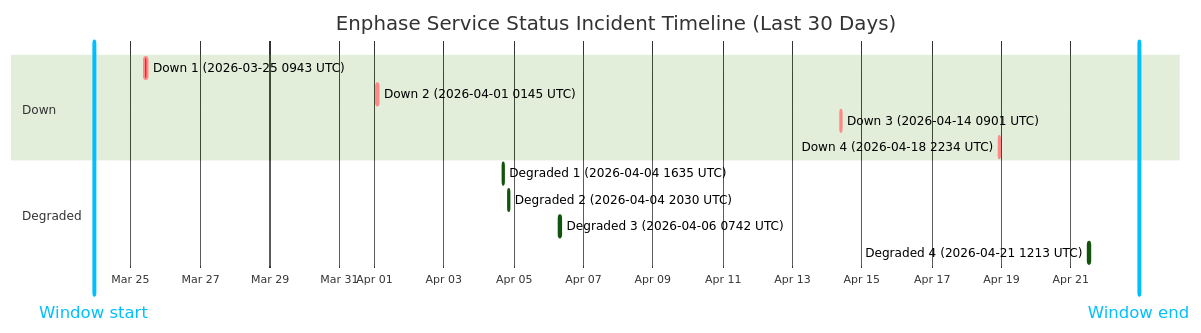
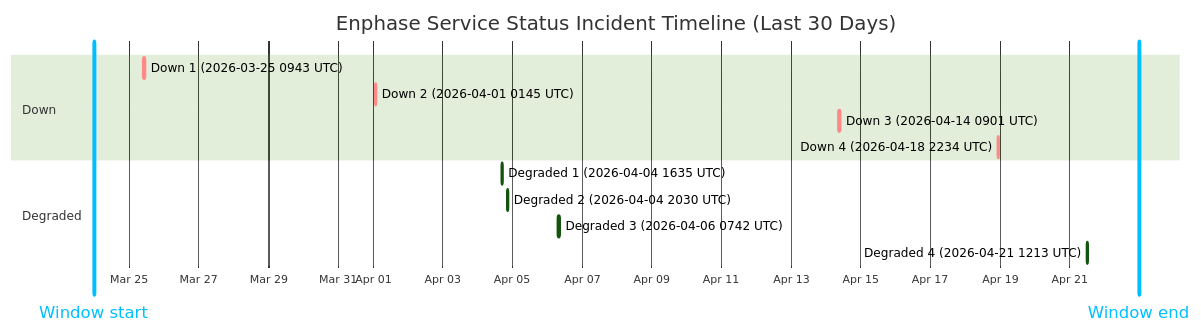
Before and after one commit to barneyonline/ha-enphase-ev-charger: the diagram in wiki/Service-Status-History.md, drawn with Mermaid (forest theme). The commit also changed other lines of this file and 3 other files, not shown here.

````diff
--- a/wiki/Service-Status-History.md
+++ b/wiki/Service-Status-History.md
@@ -14,18 +14,18 @@
 ```mermaid
 gantt
     title Enphase Service Status Incident Timeline (Last 30 Days)
     dateFormat  YYYY-MM-DDTHH:mm:ss
     axisFormat  %b %d
-    Window start :vert, window-start, 2026-03-23T22:46:40, 0ms
-    Window end :vert, window-end, 2026-04-22T22:46:40, 0ms
+    Window start :vert, window-start, 2026-03-23T23:44:22, 0ms
+    Window end :vert, window-end, 2026-04-22T23:44:22, 0ms
     section Down
     Down 1 (2026-03-25 0943 UTC) :crit, down-1, 2026-03-25T09:43:28, 111m
     Down 2 (2026-04-01 0145 UTC) :crit, down-2, 2026-04-01T01:45:09, 60m
     Down 3 (2026-04-14 0901 UTC) :crit, down-3, 2026-04-14T09:01:13, 60m
     Down 4 (2026-04-18 2234 UTC) :crit, down-4, 2026-04-18T22:34:13, 60m
     section Degraded
     Degraded 1 (2026-04-04 1635 UTC) :active, degraded-1, 2026-04-04T16:35:17, 60m
     Degraded 2 (2026-04-04 2030 UTC) :active, degraded-2, 2026-04-04T20:30:40, 60m
     Degraded 3 (2026-04-06 0742 UTC) :active, degraded-3, 2026-04-06T07:42:09, 85m
     Degraded 4 (2026-04-21 1213 UTC) :active, degraded-4, 2026-04-21T12:13:11, 60m
 ```
````
